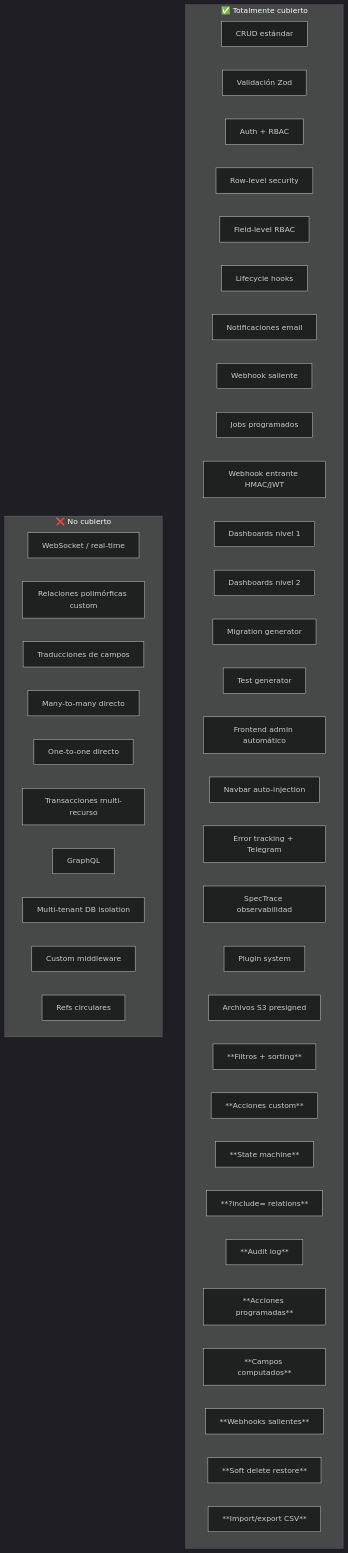
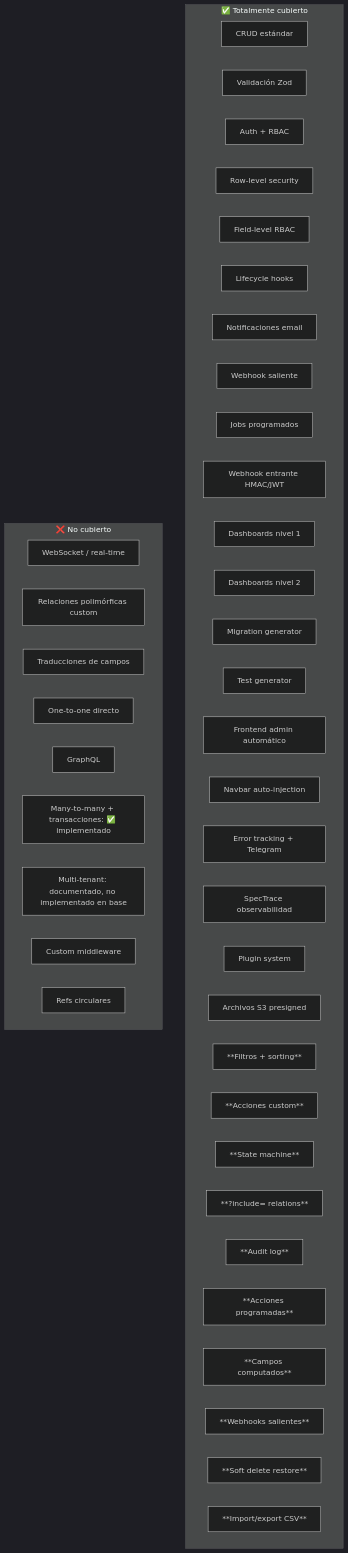
The eighth of 8 diagrams in docs/SPEC-ENGINE-OVERVIEW.md (ADCP-dev/worldbid-api), drawn with Mermaid (dark theme) before and after one commit. The commit also changed other lines of this file and 48 other files, not shown here.

````diff
--- a/docs/SPEC-ENGINE-OVERVIEW.md
+++ b/docs/SPEC-ENGINE-OVERVIEW.md
@@ -1172,48 +1173,49 @@
 ```mermaid
 graph TD
     subgraph "✅ Totalmente cubierto"
         CRUD[CRUD estándar]
         VAL[Validación Zod]
         AUTH[Auth + RBAC]
         ROW[Row-level security]
         FIELD[Field-level RBAC]
         HOOK[Lifecycle hooks]
         EMAIL[Notificaciones email]
         WEBHOOK_OUT[Webhook saliente]
         JOB[Jobs programados]
         WEBHOOK_IN[Webhook entrante HMAC/JWT]
         DASH1[Dashboards nivel 1]
         DASH2[Dashboards nivel 2]
         MIGR[Migration generator]
         TEST[Test generator]
         FRONTEND[Frontend admin automático]
         SIDEBAR[Navbar auto-injection]
         ERROR[Error tracking + Telegram]
         TRACE[SpecTrace observabilidad]
         PLUGIN[Plugin system]
         FILE_S3[Archivos S3 presigned]
         FILTER[**Filtros + sorting**]
         ACTIONS[**Acciones custom**]
         STATE[**State machine**]
         INCLUDE[**?include= relations**]
         AUDIT[**Audit log**]
         SCHED[**Acciones programadas**]
         COMPUTED[**Campos computados**]
         OUT_WEBHOOK[**Webhooks salientes**]
         RESTORE[**Soft delete restore**]
         IMPORT_EXPORT[**Import/export CSV**]
     end
 
     subgraph "❌ No cubierto"
         WS[WebSocket / real-time]
         POLY[Relaciones polimórficas custom]
         I18N[Traducciones de campos]
-        M2M[Many-to-many directo]
         O2O[One-to-one directo]
-        TX[Transacciones multi-recurso]
         GRAPHQL[GraphQL]
-        TENANT[Multi-tenant DB isolation]
+        M2M_TX[Many-to-many + transacciones: ✅ implementado]
+        TENANT[Multi-tenant: documentado, no implementado en base]
+        MW[Custom middleware]
+        CIRCULAR[Refs circulares]
         MW[Custom middleware]
         CIRCULAR[Refs circulares]
     end
 ```
````
